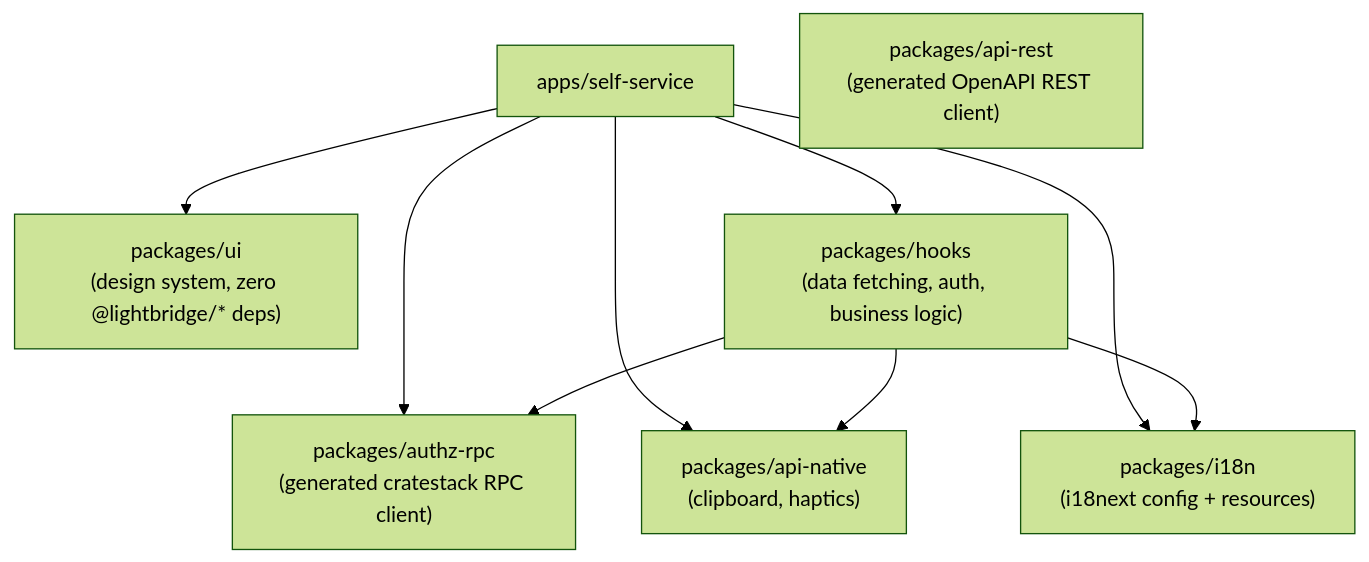
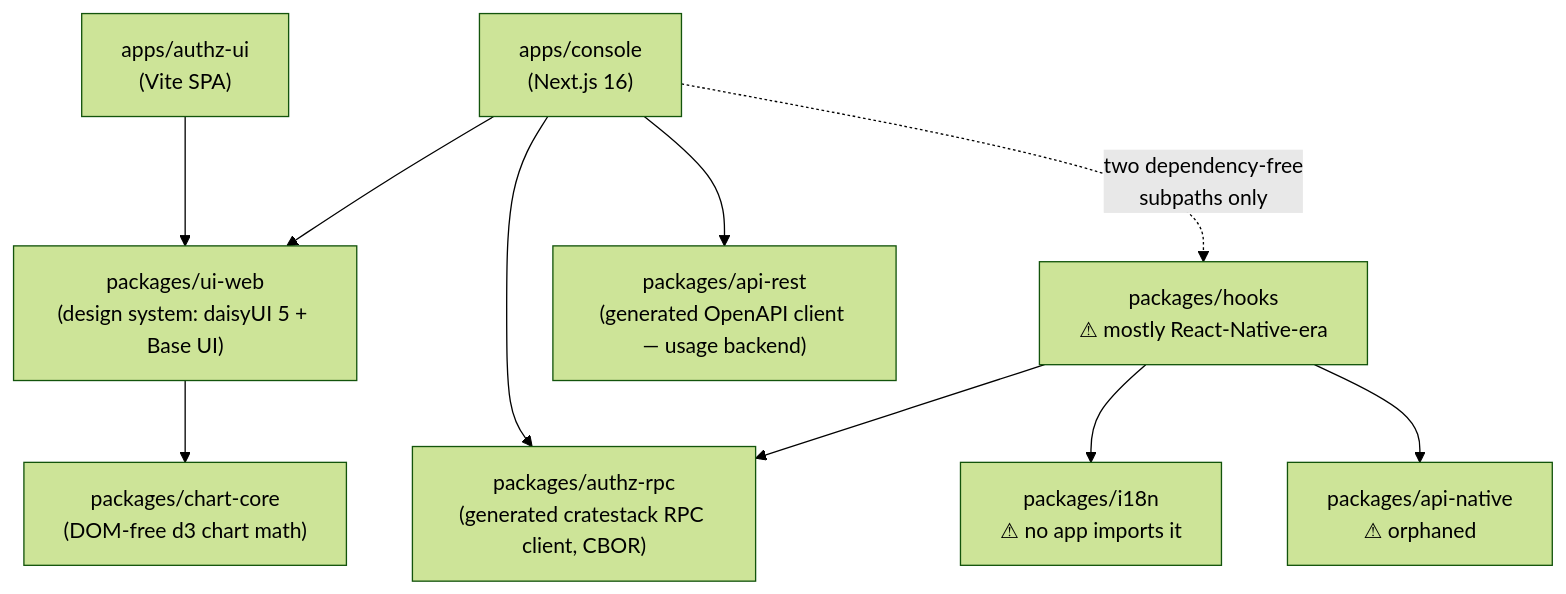
One commit to ADORSYS-GIS/converse-frontends changed the diagram in docs/knowledge/architecture.md. Above: the diagram before and after it, drawn with Mermaid (forest theme). The commit also changed other lines of this file and 3 other files, not shown here.

````diff
--- a/docs/knowledge/architecture.md
+++ b/docs/knowledge/architecture.md
@@ -39,20 +49,22 @@
 ```mermaid
 flowchart TD
-    app["apps/self-service"]
-    ui["packages/ui\n(design system, zero @lightbridge/* deps)"]
-    hooks["packages/hooks\n(data fetching, auth, business logic)"]
-    authzrpc["packages/authz-rpc\n(generated cratestack RPC client)"]
-    apinative["packages/api-native\n(clipboard, haptics)"]
-    i18n["packages/i18n\n(i18next config + resources)"]
-    apirest["packages/api-rest\n(generated OpenAPI REST client)"]
+    console["apps/console<br/>(Next.js 16)"]
+    authzui["apps/authz-ui<br/>(Vite SPA)"]
+    uiweb["packages/ui-web<br/>(design system: daisyUI 5 + Base UI)"]
+    chart["packages/chart-core<br/>(DOM-free d3 chart math)"]
+    authzrpc["packages/authz-rpc<br/>(generated cratestack RPC client, CBOR)"]
+    apirest["packages/api-rest<br/>(generated OpenAPI client — usage backend)"]
+    hooks["packages/hooks<br/>⚠ mostly React-Native-era"]
+    i18n["packages/i18n<br/>⚠ no app imports it"]
+    apinative["packages/api-native<br/>⚠ orphaned"]
 
-    app --> ui
-    app --> hooks
-    app --> authzrpc
-    app --> apinative
-    app --> i18n
-
+    console --> uiweb
+    console --> authzrpc
+    console --> apirest
+    console -.->|"two dependency-free<br/>subpaths only"| hooks
+    authzui --> uiweb
+    uiweb --> chart
     hooks --> authzrpc
+    hooks --> i18n
     hooks --> apinative
-    hooks --> i18n
 ```
````
